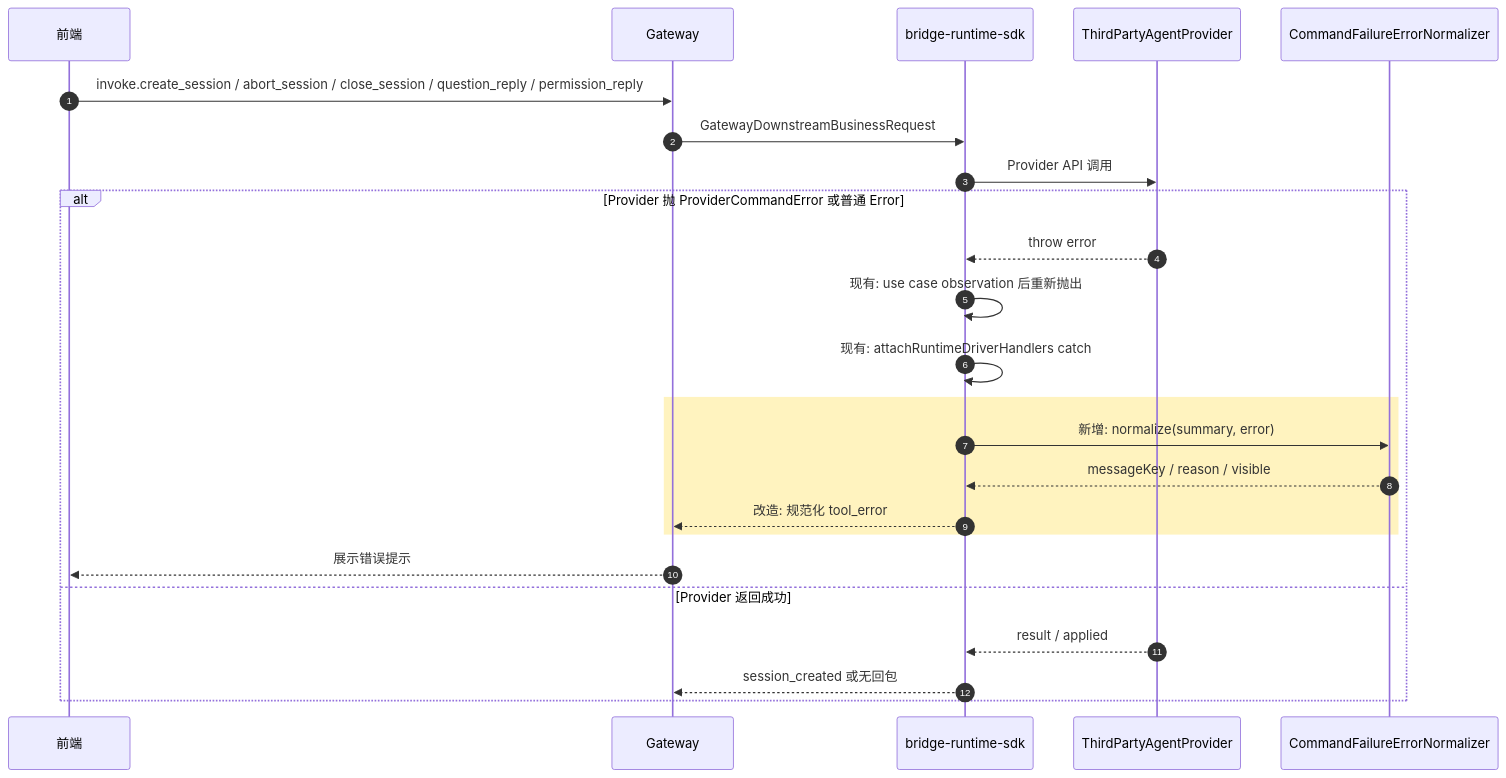
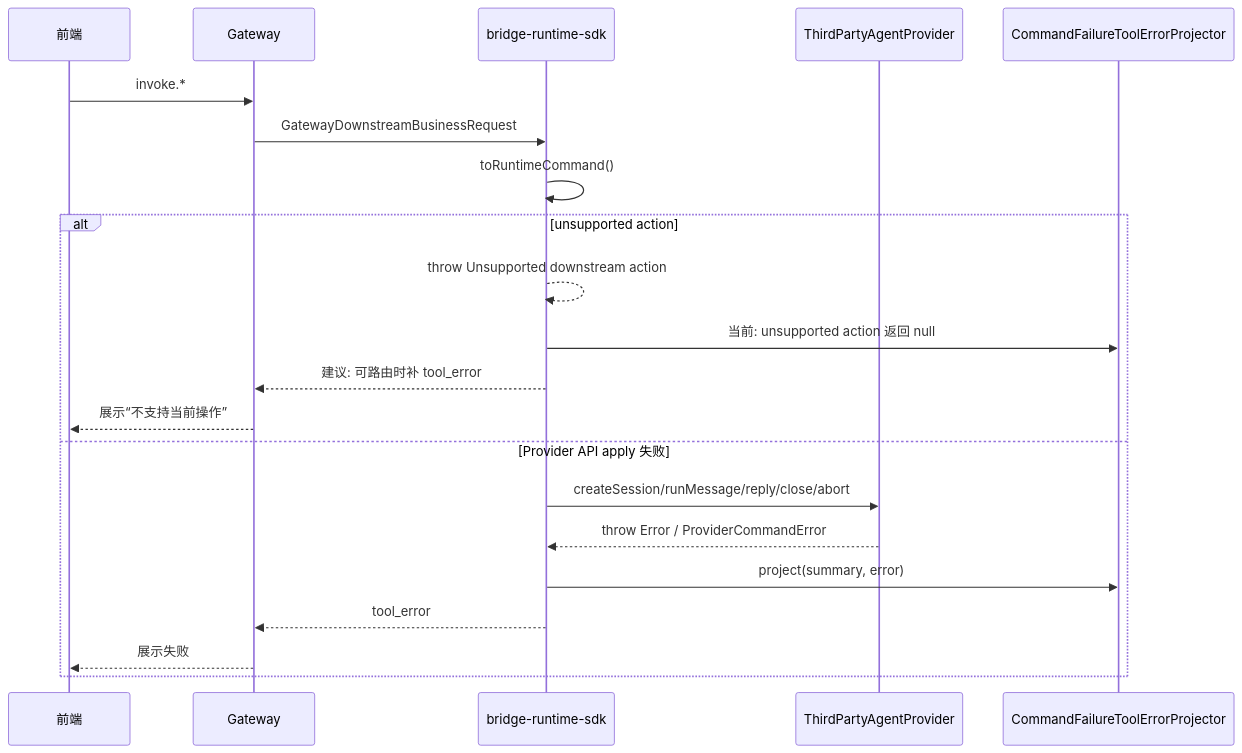
One commit to yuzhangCZ/agent-plugin changed the second of 4 diagrams in docs/design/bridge-runtime-sdk-tool-error-exception-solution.md. Above: the diagram before and after it, drawn with Mermaid. The commit also changed other lines of this file, not shown here.

Commit message:
docs: review sdk tool_error reporting gaps

````diff
--- a/docs/design/bridge-runtime-sdk-tool-error-exception-solution.md
+++ b/docs/design/bridge-runtime-sdk-tool-error-exception-solution.md
@@ -91,27 +88,24 @@
 ```mermaid
 sequenceDiagram
-    autonumber
     participant FE as 前端
     participant GW as Gateway
     participant SDK as bridge-runtime-sdk
     participant P as ThirdPartyAgentProvider
-    participant N as CommandFailureErrorNormalizer
+    participant CF as CommandFailureToolErrorProjector
 
-    FE->>GW: invoke.create_session / abort_session / close_session / question_reply / permission_reply
+    FE->>GW: invoke.*
     GW->>SDK: GatewayDownstreamBusinessRequest
-    SDK->>P: Provider API 调用
-    alt Provider 抛 ProviderCommandError 或普通 Error
-        P-->>SDK: throw error
-        SDK->>SDK: 现有: use case observation 后重新抛出
-        SDK->>SDK: 现有: attachRuntimeDriverHandlers catch
-        rect rgb(255, 243, 191)
-        SDK->>N: 新增: normalize(summary, error)
-        N-->>SDK: messageKey / reason / visible
-        SDK-->>GW: 改造: 规范化 tool_error
-        end
-        GW-->>FE: 展示错误提示
-    else Provider 返回成功
-        P-->>SDK: result / applied
-        SDK-->>GW: session_created 或无回包
+    SDK->>SDK: toRuntimeCommand()
+    alt unsupported action
+        SDK-->>SDK: throw Unsupported downstream action
+        SDK->>CF: 当前: unsupported action 返回 null
+        SDK-->>GW: 建议: 可路由时补 tool_error
+        GW-->>FE: 展示“不支持当前操作”
+    else Provider API apply 失败
+        SDK->>P: createSession/runMessage/reply/close/abort
+        P-->>SDK: throw Error / ProviderCommandError
+        SDK->>CF: project(summary, error)
+        SDK-->>GW: tool_error
+        GW-->>FE: 展示失败
     end
 ```
````
